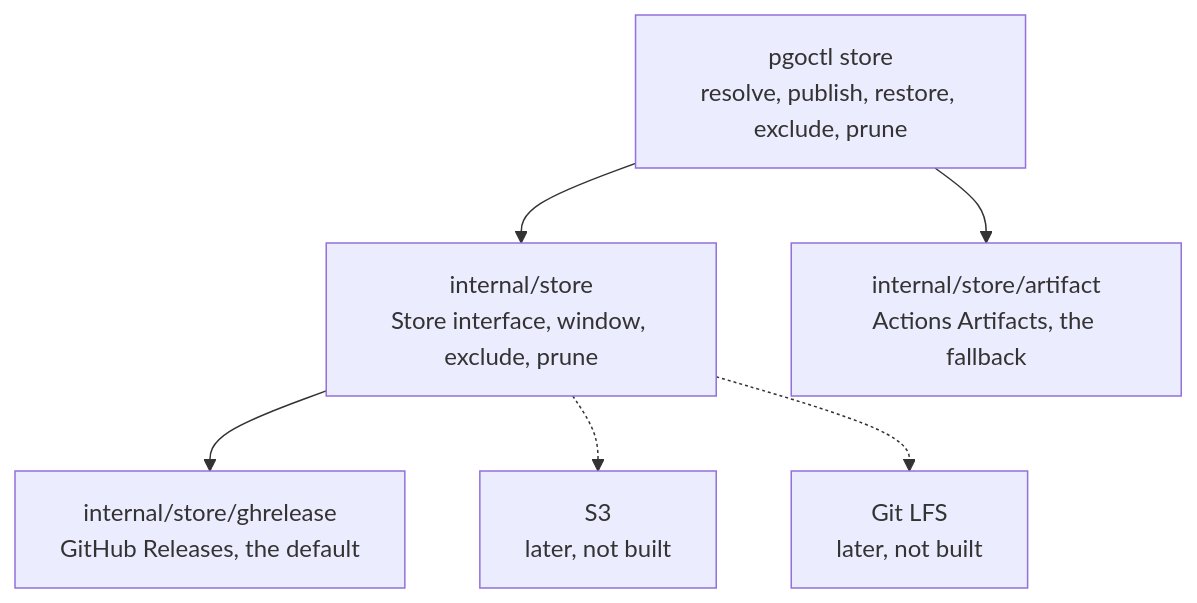
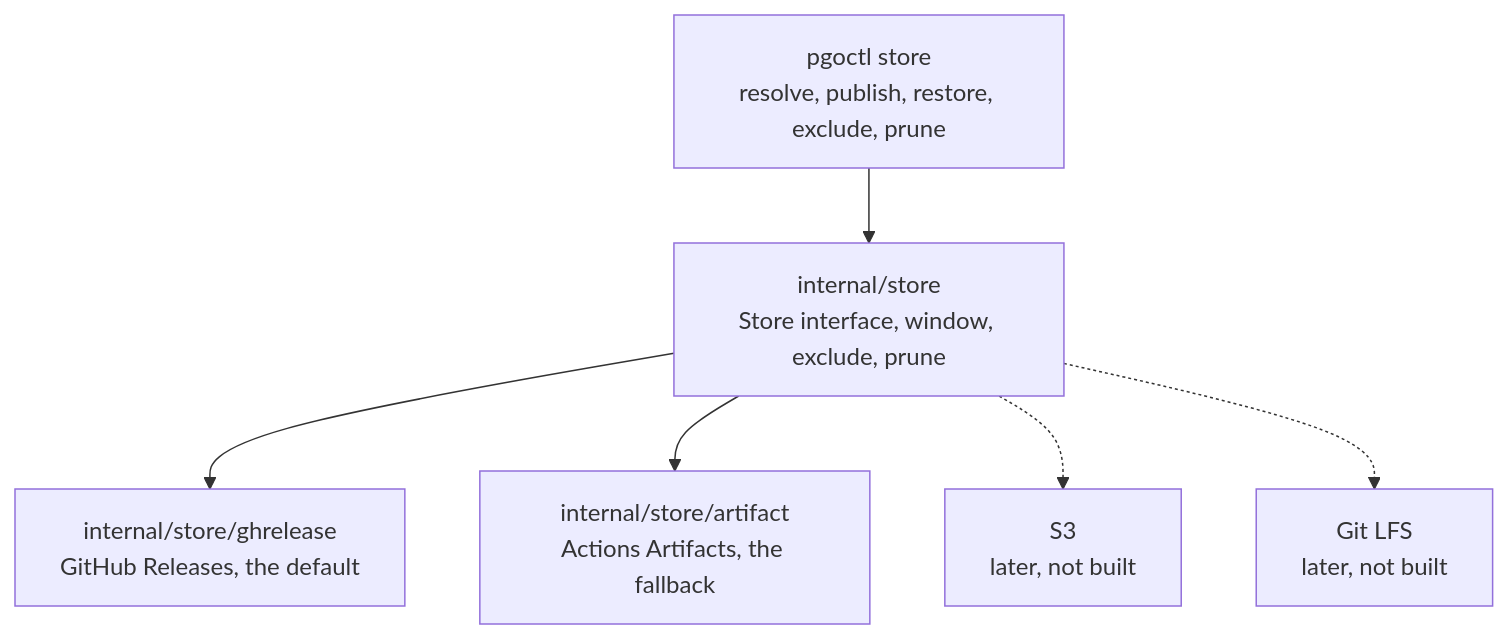
Before and after one commit to better-go-labs/pgoctl: the diagram in issue-62/2-backends.mmd, drawn with Mermaid. The commit also changed 3 other files, not shown here.

Commit message:
docs: artifact store and prune rule in issue 62 diagrams

```diff
--- a/issue-62/2-backends.mmd
+++ b/issue-62/2-backends.mmd
@@ -1,6 +1,6 @@
 flowchart TB
   CLI["pgoctl store<br/>resolve, publish, restore, exclude, prune"] --> S["internal/store<br/>Store interface, window, exclude, prune"]
   S --> GH["internal/store/ghrelease<br/>GitHub Releases, the default"]
-  CLI --> AR["internal/store/artifact<br/>Actions Artifacts, the fallback"]
+  S --> AR["internal/store/artifact<br/>Actions Artifacts, the fallback"]
   S -.-> S3["S3<br/>later, not built"]
   S -.-> LFS["Git LFS<br/>later, not built"]
```
